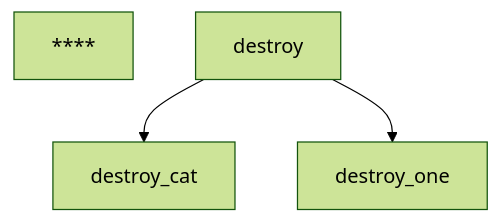
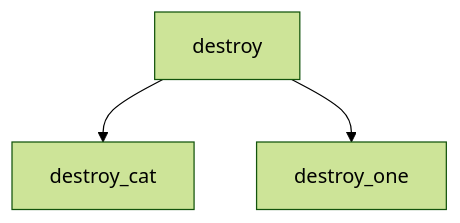
The third of 11 diagrams in README.md (LiuYuan-SHU/tiny_stl), drawn with Mermaid (forest theme) before and after one commit. The commit also changed other lines of this file and 1 other file, not shown here.

````diff
--- a/README.md
+++ b/README.md
@@ -219,5 +219,4 @@
 ```mermaid
 flowchart TD
-****
 destroy --> destroy_cat & destroy_one
 ```
````
